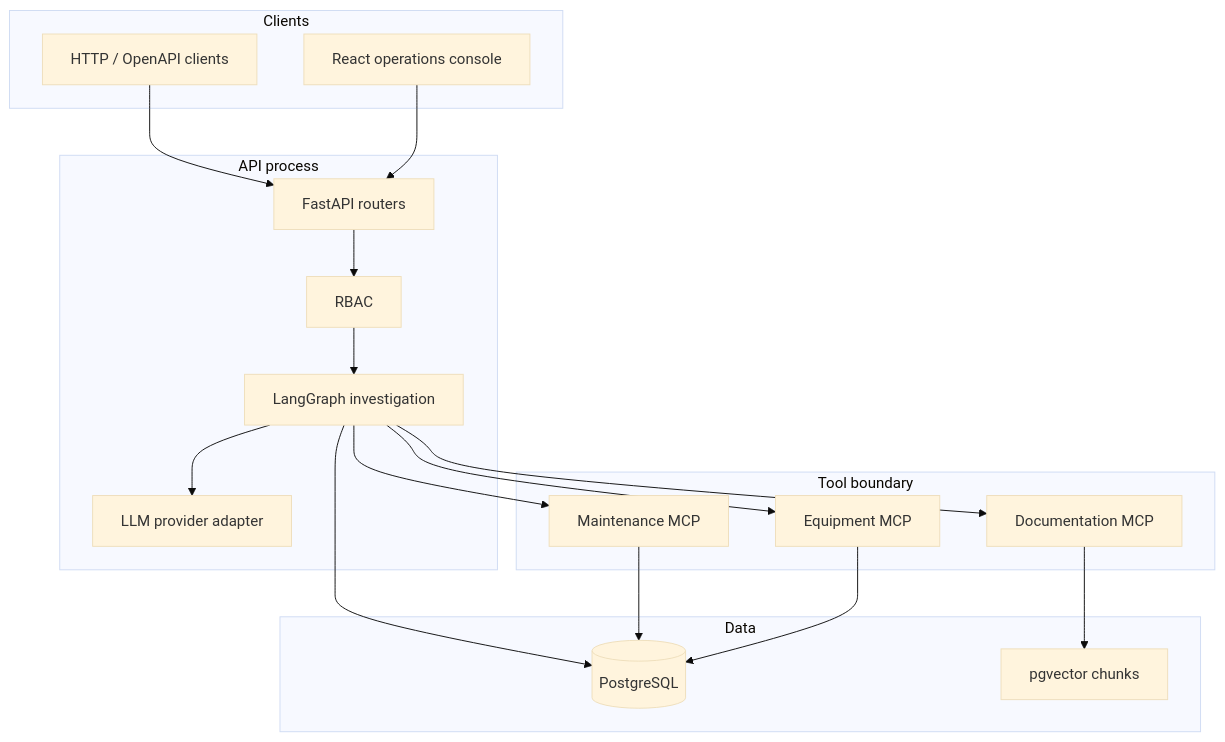
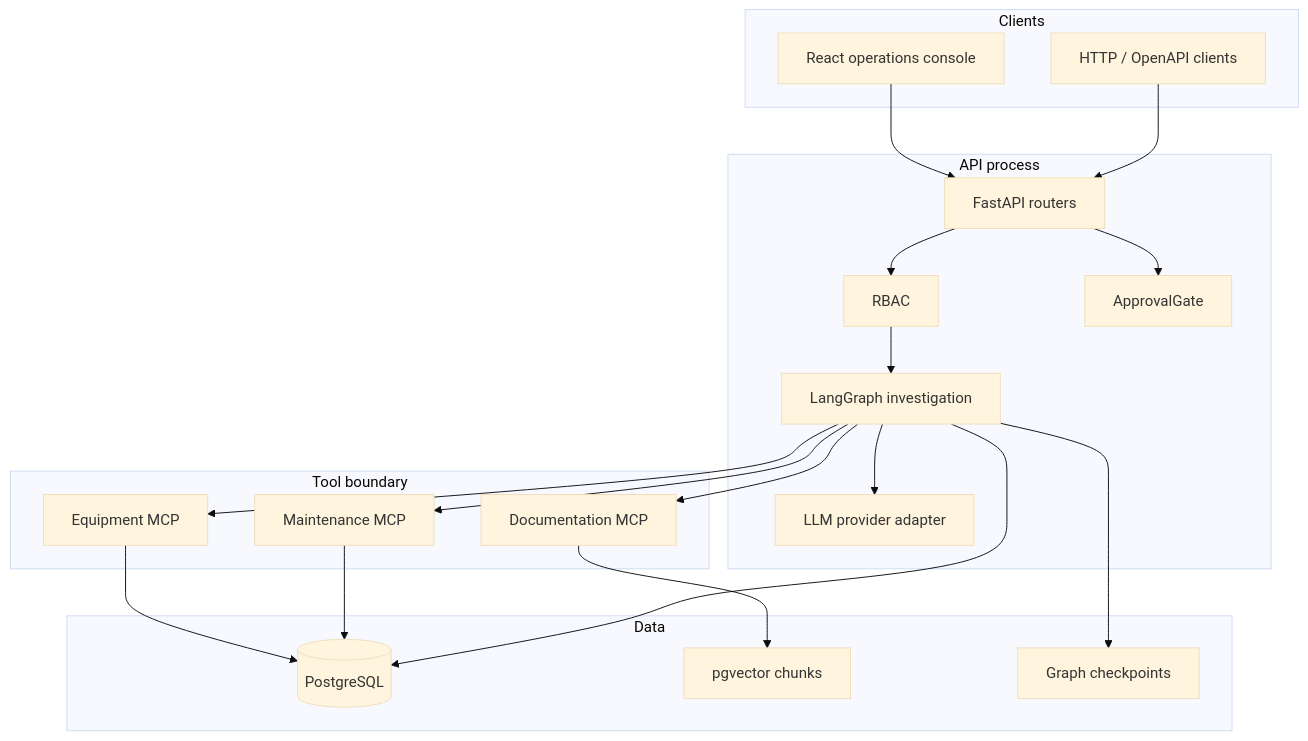
Before and after one commit to StrangePhoton/ForgeFlowAI: the diagram in docs/architecture.md, drawn with Mermaid (base theme). The commit also changed other lines of this file and 60 other files, not shown here.

````diff
--- a/docs/architecture.md
+++ b/docs/architecture.md
@@ -26,38 +30,42 @@
 ```mermaid
 flowchart TB
     subgraph clients [Clients]
         Web[React operations console]
         APIClient[HTTP / OpenAPI clients]
     end
 
     subgraph apiProcess [API process]
         HTTP[FastAPI routers]
         Auth[RBAC]
         Graph[LangGraph investigation]
         Providers[LLM provider adapter]
+        Gate[ApprovalGate]
     end
 
     subgraph tools [Tool boundary]
         EqMCP[Equipment MCP]
         MaintMCP[Maintenance MCP]
         DocMCP[Documentation MCP]
     end
 
     subgraph data [Data]
         PG[(PostgreSQL)]
         Vec[pgvector chunks]
+        CKPT[Graph checkpoints]
     end
 
     Web --> HTTP
     APIClient --> HTTP
     HTTP --> Auth
     Auth --> Graph
+    HTTP --> Gate
     Graph --> Providers
     Graph --> EqMCP
     Graph --> MaintMCP
     Graph --> DocMCP
     EqMCP --> PG
     MaintMCP --> PG
     DocMCP --> Vec
+    Graph --> CKPT
     Graph --> PG
 ```
````
